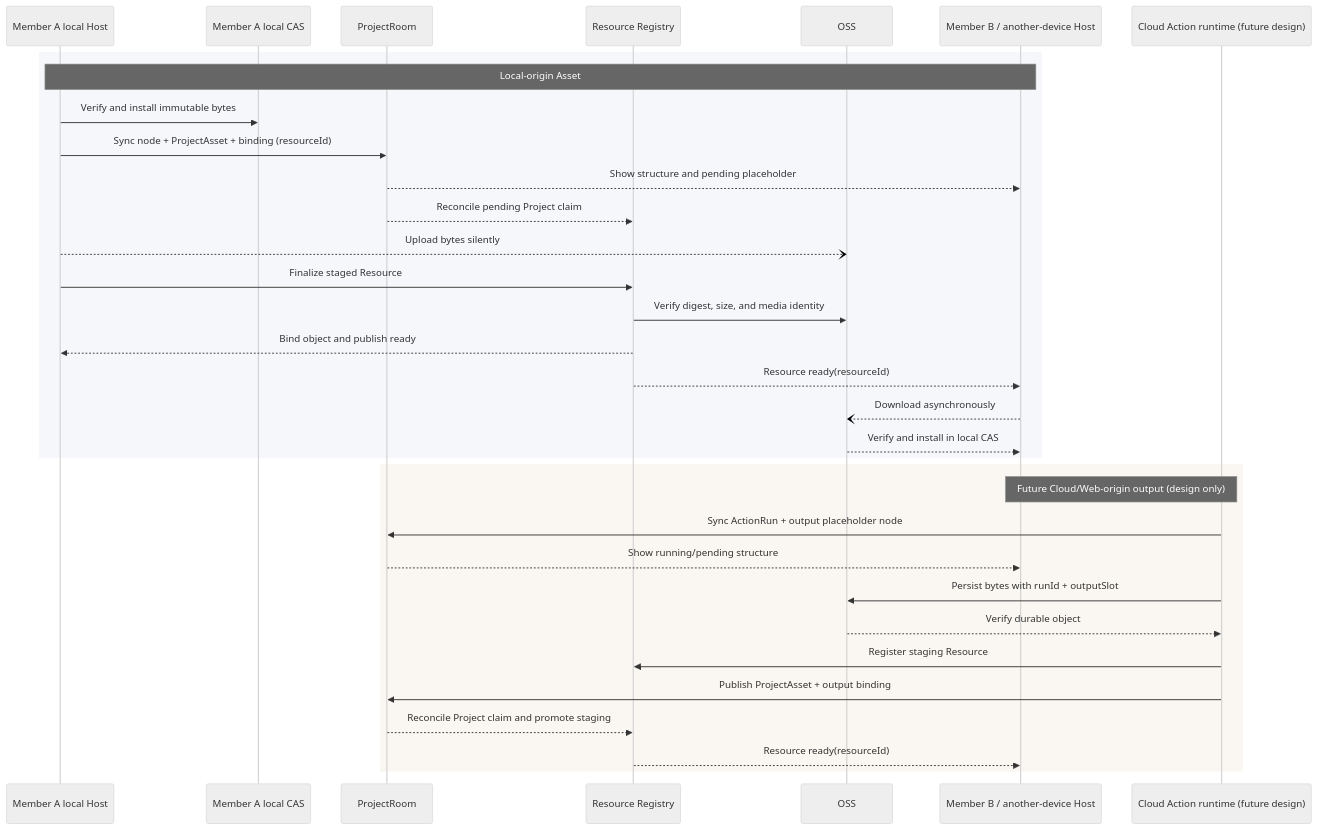
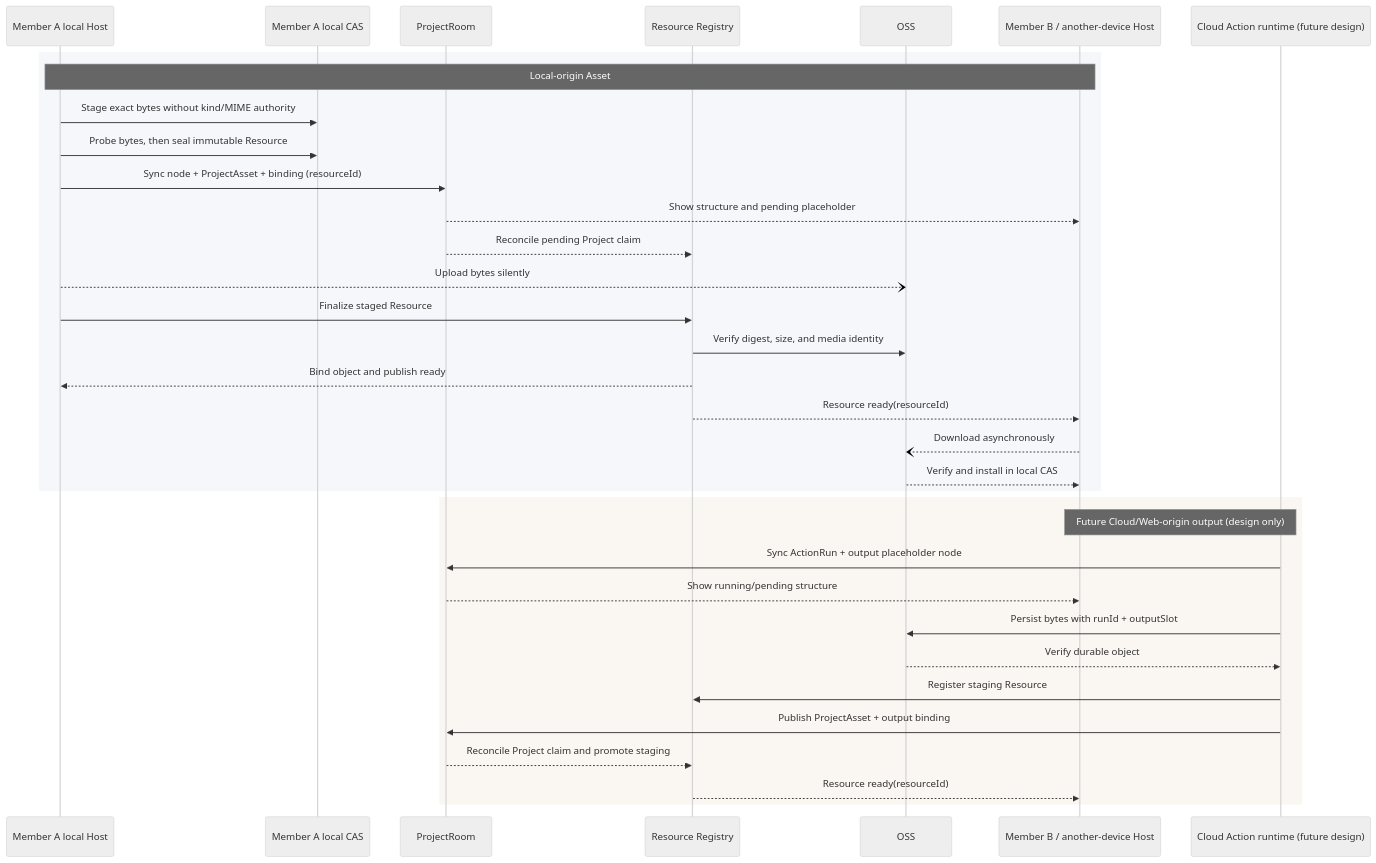
The fourth of 7 diagrams in apps/docs/guide/asset-system.md (clash-space/clash), drawn with Mermaid (neutral theme) before and after one commit. The commit also changed other lines of this file and 63 other files, not shown here.

````diff
--- a/apps/docs/guide/asset-system.md
+++ b/apps/docs/guide/asset-system.md
@@ -178,37 +179,38 @@
 ```mermaid
 sequenceDiagram
   participant LA as Member A local Host
   participant LC as Member A local CAS
   participant P as ProjectRoom
   participant R as Resource Registry
   participant O as OSS
   participant RH as Member B / another-device Host
   participant C as Cloud Action runtime (future design)
 
   rect rgb(245, 247, 250)
     Note over LA,RH: Local-origin Asset
-    LA->>LC: Verify and install immutable bytes
+    LA->>LC: Stage exact bytes without kind/MIME authority
+    LA->>LC: Probe bytes, then seal immutable Resource
     LA->>P: Sync node + ProjectAsset + binding (resourceId)
     P-->>RH: Show structure and pending placeholder
     P-->>R: Reconcile pending Project claim
     LA--)O: Upload bytes silently
     LA->>R: Finalize staged Resource
     R->>O: Verify digest, size, and media identity
     R-->>LA: Bind object and publish ready
     R-->>RH: Resource ready(resourceId)
     RH--)O: Download asynchronously
     O-->>RH: Verify and install in local CAS
   end
 
   rect rgb(250, 247, 242)
     Note over C,RH: Future Cloud/Web-origin output (design only)
     C->>P: Sync ActionRun + output placeholder node
     P-->>RH: Show running/pending structure
     C->>O: Persist bytes with runId + outputSlot
     O-->>C: Verify durable object
     C->>R: Register staging Resource
     C->>P: Publish ProjectAsset + output binding
     P-->>R: Reconcile Project claim and promote staging
     R-->>RH: Resource ready(resourceId)
   end
 ```
````
